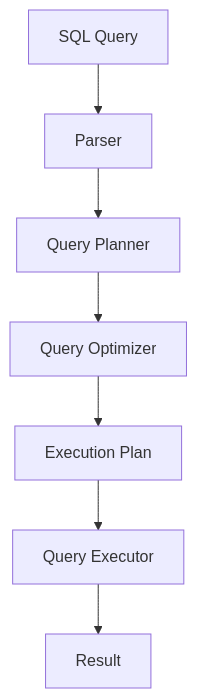
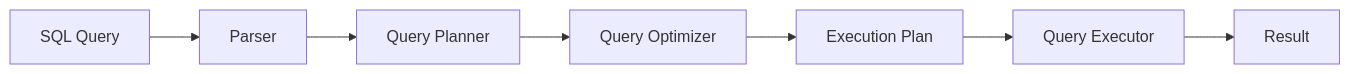
One commit to hareramcse/SystemDesign changed the fourth of 24 diagrams in 02-databases/README.md. Above: the diagram before and after it, drawn with Mermaid. The commit also changed other lines of this file and 14 other files, not shown here.

````diff
--- a/02-databases/README.md
+++ b/02-databases/README.md
@@ -1098,9 +456,9 @@
 ```mermaid
-flowchart TB
-  SQL[SQL Query] --> Parser
-  Parser --> Planner[Query Planner]
-  Planner --> Optimizer[Query Optimizer]
-  Optimizer --> Plan[Execution Plan]
-  Plan --> Executor[Query Executor]
-  Executor --> Result[Result]
+flowchart LR
+    SQL[SQL Query] --> Parser
+    Parser --> Planner[Query Planner]
+    Planner --> Optimizer[Query Optimizer]
+    Optimizer --> Plan[Execution Plan]
+    Plan --> Executor[Query Executor]
+    Executor --> Result[Result]
 ```
````
